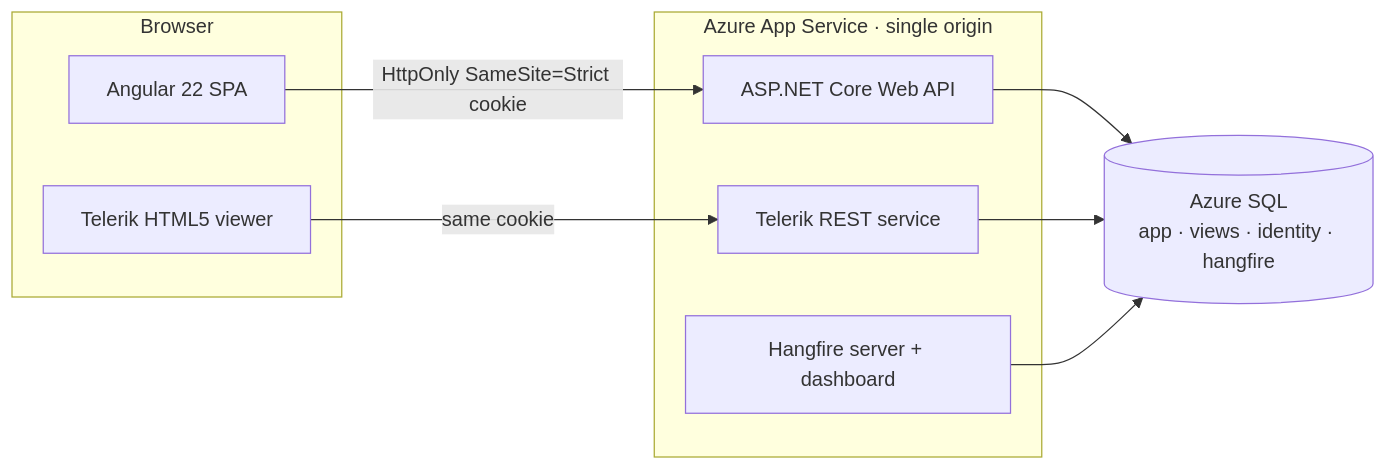
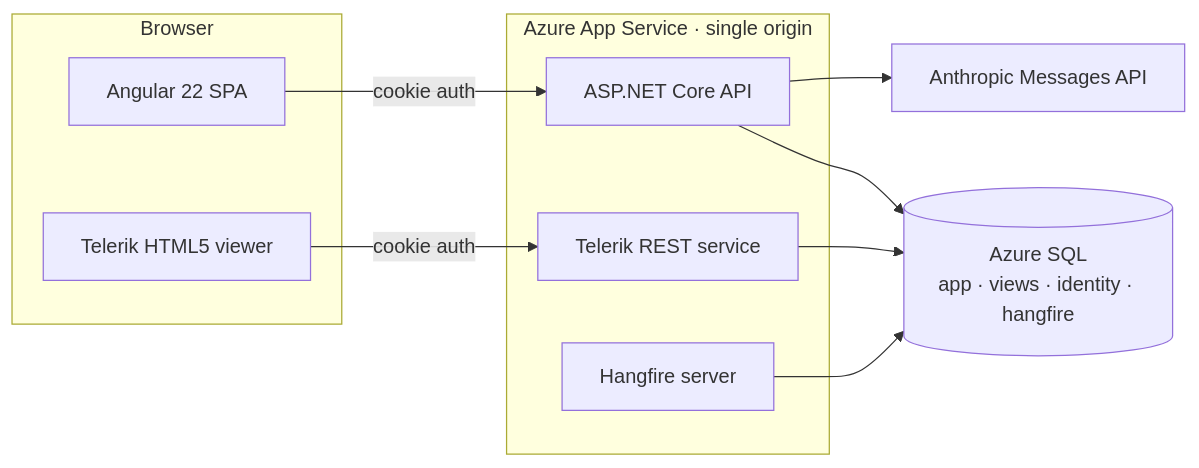
The second of 3 diagrams in README.md (Akhilesh-Vangala/accrue), drawn with Mermaid before and after one commit. The commit also changed other lines of this file, not shown here.

````diff
--- a/README.md
+++ b/README.md
@@ -95,19 +87,21 @@
 ```mermaid
 flowchart LR
     subgraph Browser
         SPA["Angular 22 SPA"]
         Viewer["Telerik HTML5 viewer"]
     end
     subgraph AppService["Azure App Service · single origin"]
-        API["ASP.NET Core Web API"]
+        API["ASP.NET Core API"]
         TRS["Telerik REST service"]
-        HF["Hangfire server + dashboard"]
+        HF["Hangfire server"]
     end
+    LLM["Anthropic Messages API"]
     SQL[("Azure SQL<br/>app · views · identity · hangfire")]
 
-    SPA -- "HttpOnly SameSite=Strict cookie" --> API
-    Viewer -- "same cookie" --> TRS
+    SPA -- "cookie auth" --> API
+    Viewer -- "cookie auth" --> TRS
     API --> SQL
+    API --> LLM
     TRS --> SQL
     HF --> SQL
 ```
````
